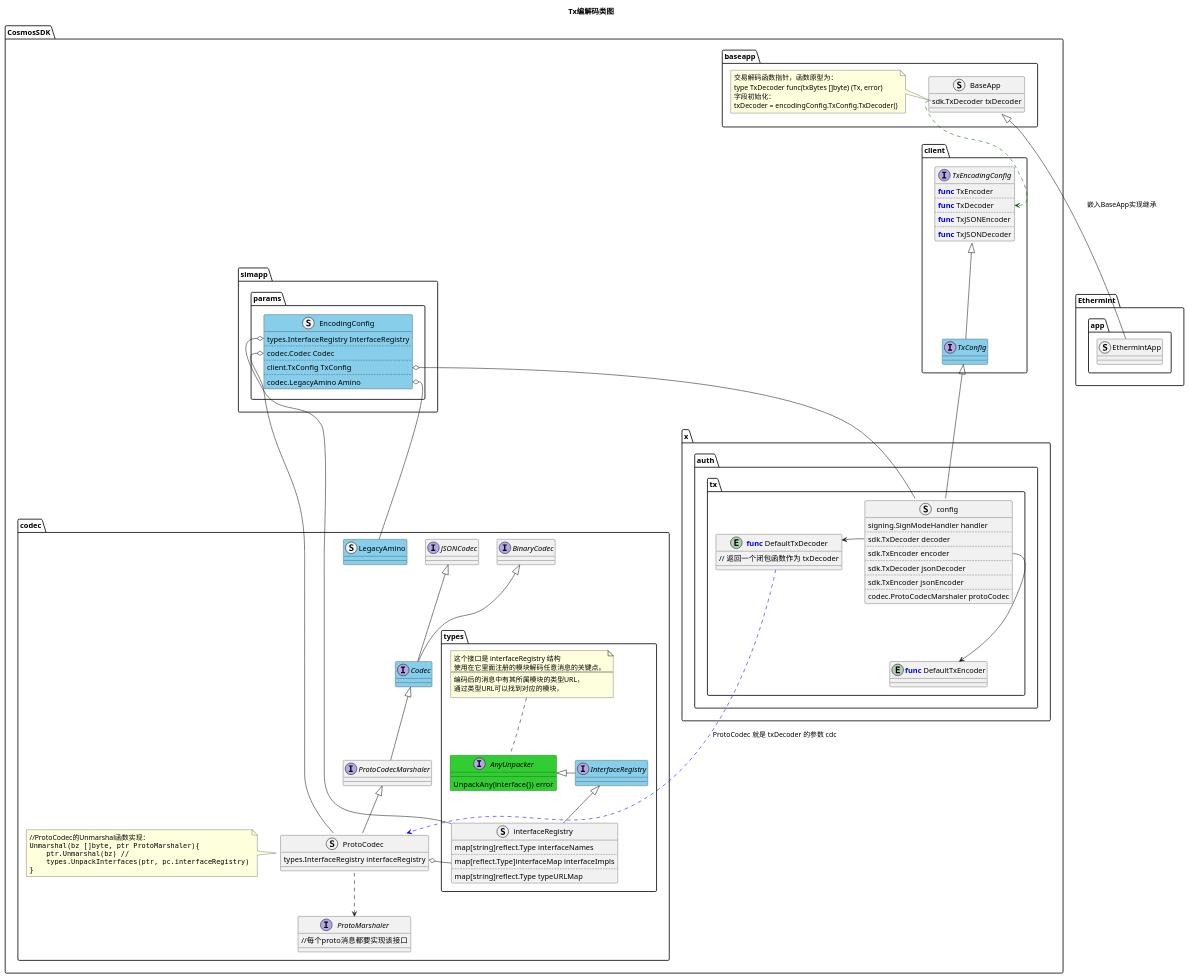
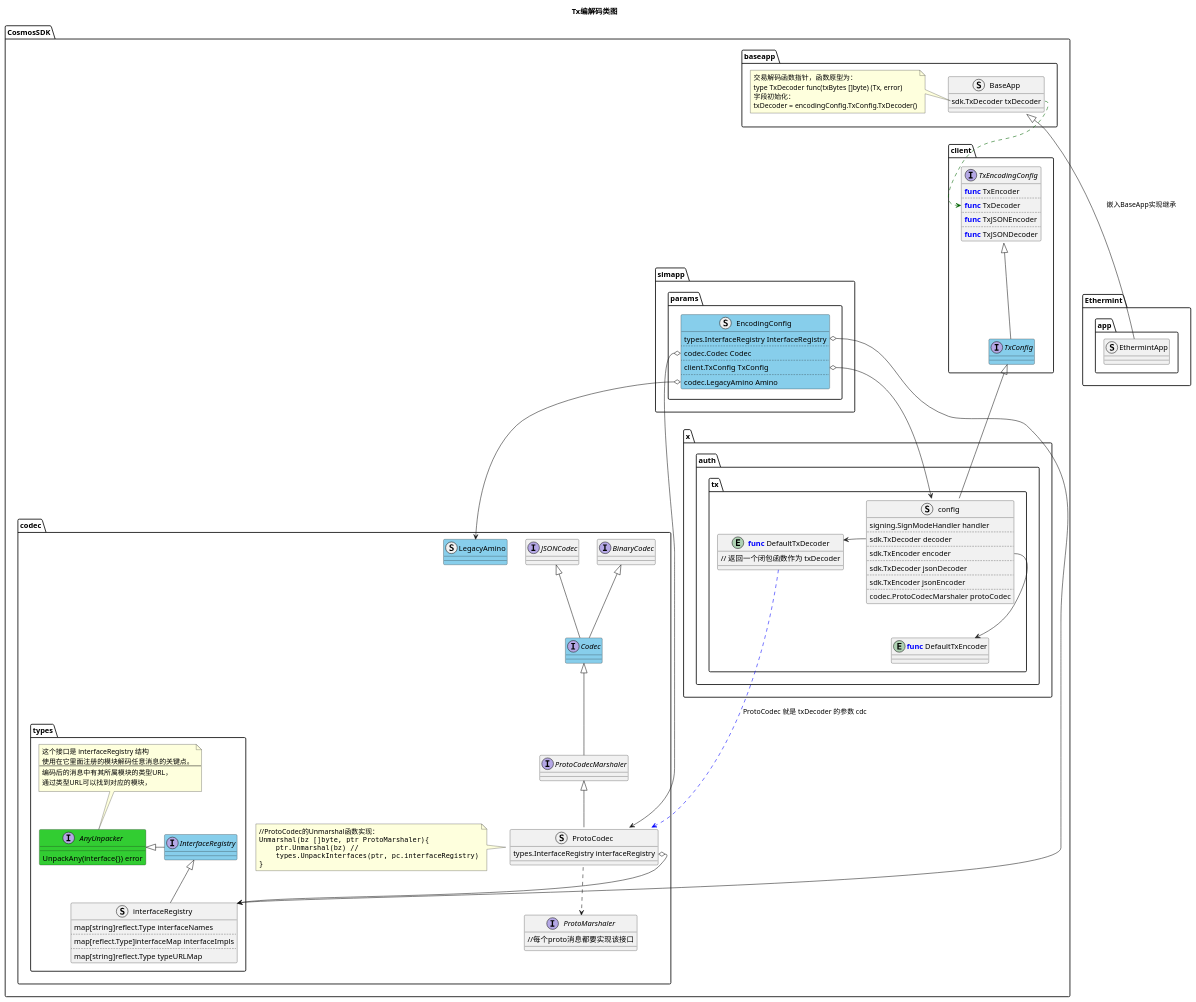
One commit to wanggeng01041454/EthermintStudyNote changed the first of 5 diagrams in plantumls/102.tx编解码.puml. Above: the diagram before and after it, drawn with PlantUML. The commit also changed other lines of this file and 9 other files, not shown here.

```diff
--- a/plantumls/102.tx编解码.puml
+++ b/plantumls/102.tx编解码.puml
@@ -2,169 +2,169 @@
 @startuml 1.tx编解码类图
     title
         Tx编解码类图
     end title
 
     'left to right direction
 
     namespace CosmosSDK {
         namespace baseapp {
             struct BaseApp {
                 sdk.TxDecoder txDecoder
             }
             note left of BaseApp::txDecoder
                 交易解码函数指针，函数原型为：
                 type TxDecoder func(txBytes []byte) (Tx, error)
                 字段初始化：
                 txDecoder = encodingConfig.TxConfig.TxDecoder()
             end note
         }
         namespace codec.types {
             interface AnyUnpacker #LimeGreen {
                 UnpackAny(interface{}) error
             }
             note top of AnyUnpacker
                 这个接口是 interfaceRegistry 结构
                 使用在它里面注册的模块解码任意消息的关键点。
                 ----
                 编码后的消息中有其所属模块的类型URL，
                 通过类型URL可以找到对应的模块，
             end note 
 
             interface InterfaceRegistry #SkyBlue {
 
             }
             AnyUnpacker <|- InterfaceRegistry
 
             struct interfaceRegistry {
                 map[string]reflect.Type interfaceNames
                 ....
                 map[reflect.Type]interfaceMap interfaceImpls
                 ....
                 map[string]reflect.Type typeURLMap
             }
             InterfaceRegistry <|-- interfaceRegistry
         }
 
         namespace client {
             interface TxEncodingConfig {
                 <b><color:blue>func</color></b> TxEncoder
                 ....
                 <b><color:blue>func</color></b> TxDecoder
                 ....
                 <b><color:blue>func</color></b> TxJSONEncoder
                 ....
                 <b><color:blue>func</color></b> TxJSONDecoder
             }
 
             interface TxConfig #SkyBlue {
 
             }
             TxEncodingConfig <|-- TxConfig
         }
         namespace x.auth.tx {
             struct config {
                 signing.SignModeHandler handler
                 ....
                 sdk.TxDecoder decoder
                 ....
                 sdk.TxEncoder encoder
                 ....
                 sdk.TxDecoder jsonDecoder
                 ....
                 sdk.TxEncoder jsonEncoder
                 ....
                 codec.ProtoCodecMarshaler protoCodec
             }
             entity DefaultTxDecoder as "<b><color:blue>func</color></b> DefaultTxDecoder" {
                 // 返回一个闭包函数作为 txDecoder
             }
             entity DefaultTxEncoder as "<b><color:blue>func</color></b> DefaultTxEncoder"
 
             config::decoder -> DefaultTxDecoder
             config::encoder --> DefaultTxEncoder
         }
         client.TxConfig <|-- x.auth.tx.config
 
         namespace codec {
             interface BinaryCodec {
 
             }
             interface JSONCodec {
 
             }
 
             interface Codec #SkyBlue {
 
             }
             BinaryCodec <|-- Codec
             JSONCodec <|-- Codec
 
             interface ProtoCodecMarshaler {
 
             }
             Codec <|-- ProtoCodecMarshaler
 
             interface ProtoMarshaler {
                 //每个proto消息都要实现该接口
             }
             struct ProtoCodec {
                 types.InterfaceRegistry interfaceRegistry
             }
             note left of ProtoCodec
                 //ProtoCodec的Unmarshal函数实现：
                 <code>
                 Unmarshal(bz []byte, ptr ProtoMarshaler){
                     ptr.Unmarshal(bz) // 
                     types.UnpackInterfaces(ptr, pc.interfaceRegistry)
                 }
                 </code>
             end note
             ProtoCodecMarshaler <|-- ProtoCodec
             ProtoCodec ..> ProtoMarshaler
 
             struct LegacyAmino #SkyBlue {
 
             }
         }
 
         namespace simapp.params {
             struct EncodingConfig #SkyBlue {
                 types.InterfaceRegistry InterfaceRegistry
                 ....
                 codec.Codec Codec
                 ....
                 client.TxConfig TxConfig
                 ....
                 codec.LegacyAmino Amino
             }
 
         }
-        simapp.params.EncodingConfig::InterfaceRegistry o-- codec.types.interfaceRegistry
-        simapp.params.EncodingConfig::TxConfig o-- x.auth.tx.config
-        simapp.params.EncodingConfig::Codec o--- codec.ProtoCodec 
-        simapp.params.EncodingConfig::Amino o-- codec.LegacyAmino
+        simapp.params.EncodingConfig::InterfaceRegistry o--> codec.types.interfaceRegistry
+        simapp.params.EncodingConfig::TxConfig o--> x.auth.tx.config
+        simapp.params.EncodingConfig::Codec o---> codec.ProtoCodec 
+        simapp.params.EncodingConfig::Amino o--> codec.LegacyAmino
 
-        codec.ProtoCodec::interfaceRegistry o- codec.types.interfaceRegistry
+        codec.ProtoCodec::interfaceRegistry o--> codec.types.interfaceRegistry
 
         baseapp.BaseApp::txDecoder .[#DarkGreen].> client.TxEncodingConfig::TxDecoder 
     
         'txDecoder的参数
         x.auth.tx.DefaultTxDecoder ..[#Blue]..> codec.ProtoCodec : ProtoCodec 就是 txDecoder 的参数 cdc
 
     }
 
     namespace Ethermint {
         namespace app {
             struct EthermintApp {
 
             }
 
             CosmosSDK.baseapp.BaseApp <|--- EthermintApp : 嵌入BaseApp实现继承
         }
 
 
 
     }
 
 
 @enduml
```
